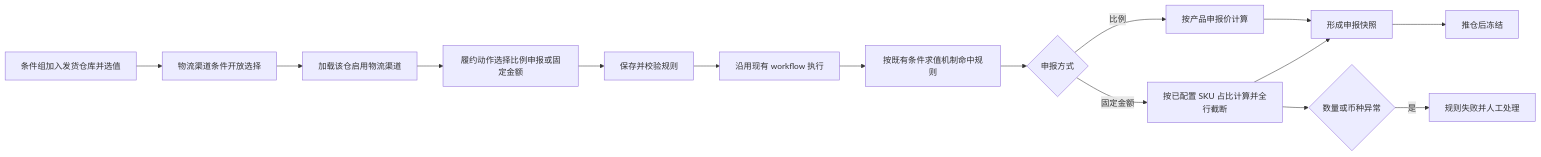
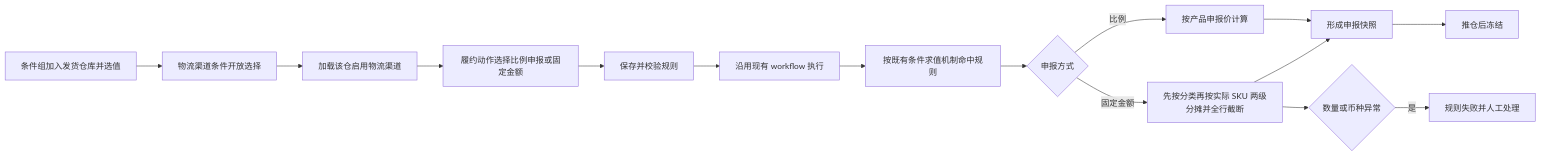
The diagram in docs/v0.28.4/tasks/0185/product-plan.md (arlo-hello/erp-ai-docs-arlo), drawn with Mermaid before and after one commit. The commit also changed other lines of this file and 4 other files, not shown here.

````diff
--- a/docs/v0.28.4/tasks/0185/product-plan.md
+++ b/docs/v0.28.4/tasks/0185/product-plan.md
@@ -42,17 +42,17 @@
 ```mermaid
 flowchart LR
   A[条件组加入发货仓库并选值] --> B[物流渠道条件开放选择]
   B --> C[加载该仓启用物流渠道]
   C --> D[履约动作选择比例申报或固定金额]
   D --> E[保存并校验规则]
   E --> F[沿用现有 workflow 执行]
   F --> G[按既有条件求值机制命中规则]
   G --> H{申报方式}
   H -->|比例| I[按产品申报价计算]
-  H -->|固定金额| J[按已配置 SKU 占比计算并全行截断]
+  H -->|固定金额| J[先按分类再按实际 SKU 两级分摊并全行截断]
   I --> K[形成申报快照]
   J --> K
   K --> L[推仓后冻结]
   J --> M{数量或币种异常}
   M -->|是| N[规则失败并人工处理]
 ```
````
